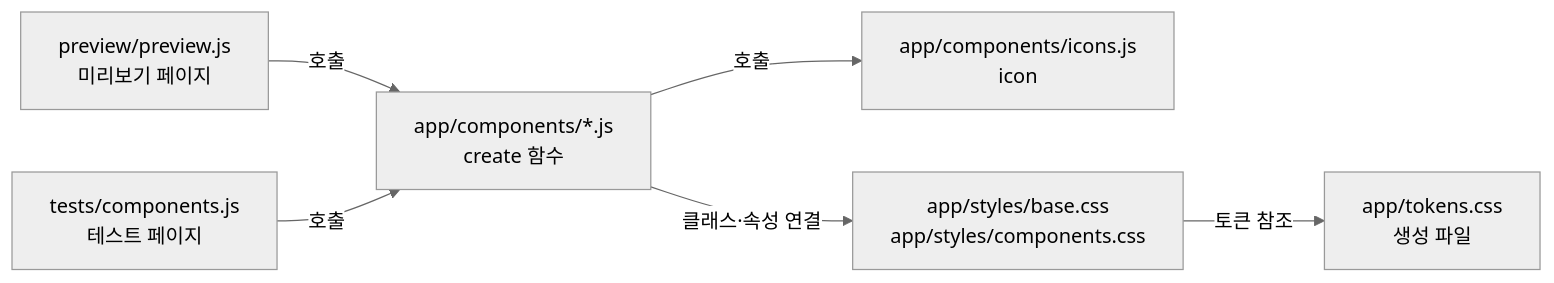
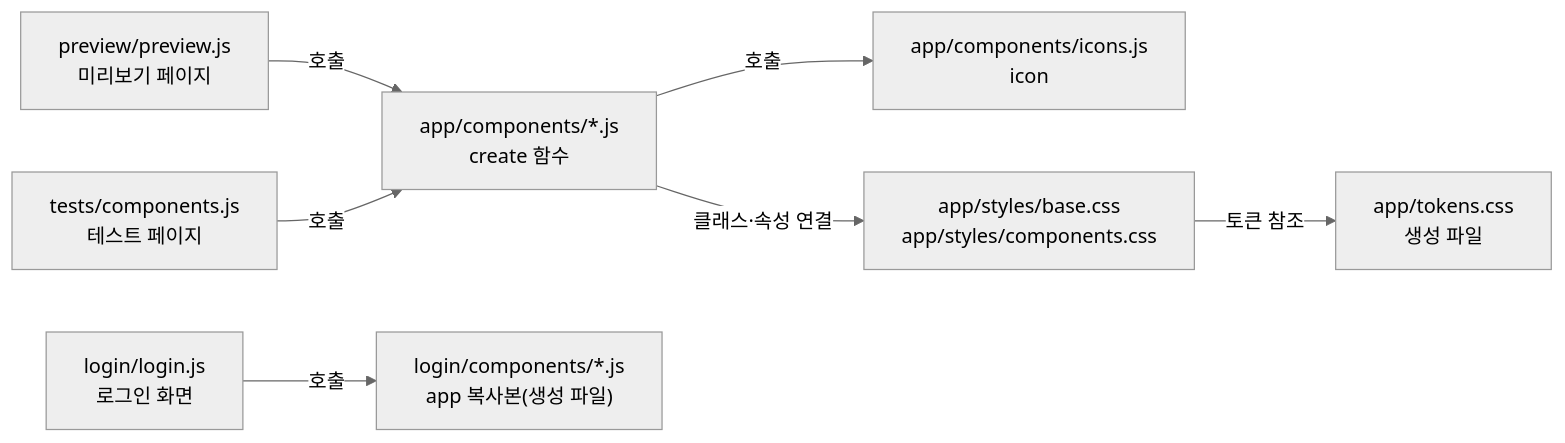
One commit to kayden-kim/vnc-relay changed the diagram in docs/architectures/dashboard-components.md. Above: the diagram before and after it, drawn with Mermaid (neutral theme). The commit also changed other lines of this file and 21 other files, not shown here.

First line of the commit message:
refactor(dashboard): build the login screen from shared components

````diff
--- a/docs/architectures/dashboard-components.md
+++ b/docs/architectures/dashboard-components.md
@@ -35,8 +35,9 @@
 ```mermaid
 flowchart LR
     PRV["preview/preview.js<br/>미리보기 페이지"] -->|"호출"| CMP["app/components/*.js<br/>create 함수"]
     TST["tests/components.js<br/>테스트 페이지"] -->|"호출"| CMP
+    LGN["login/login.js<br/>로그인 화면"] -->|"호출"| LCP["login/components/*.js<br/>app 복사본(생성 파일)"]
     CMP -->|"호출"| ICO["app/components/icons.js<br/>icon"]
     CMP -->|"클래스·속성 연결"| CSS["app/styles/base.css<br/>app/styles/components.css"]
     CSS -->|"토큰 참조"| TOK["app/tokens.css<br/>생성 파일"]
 ```
````
